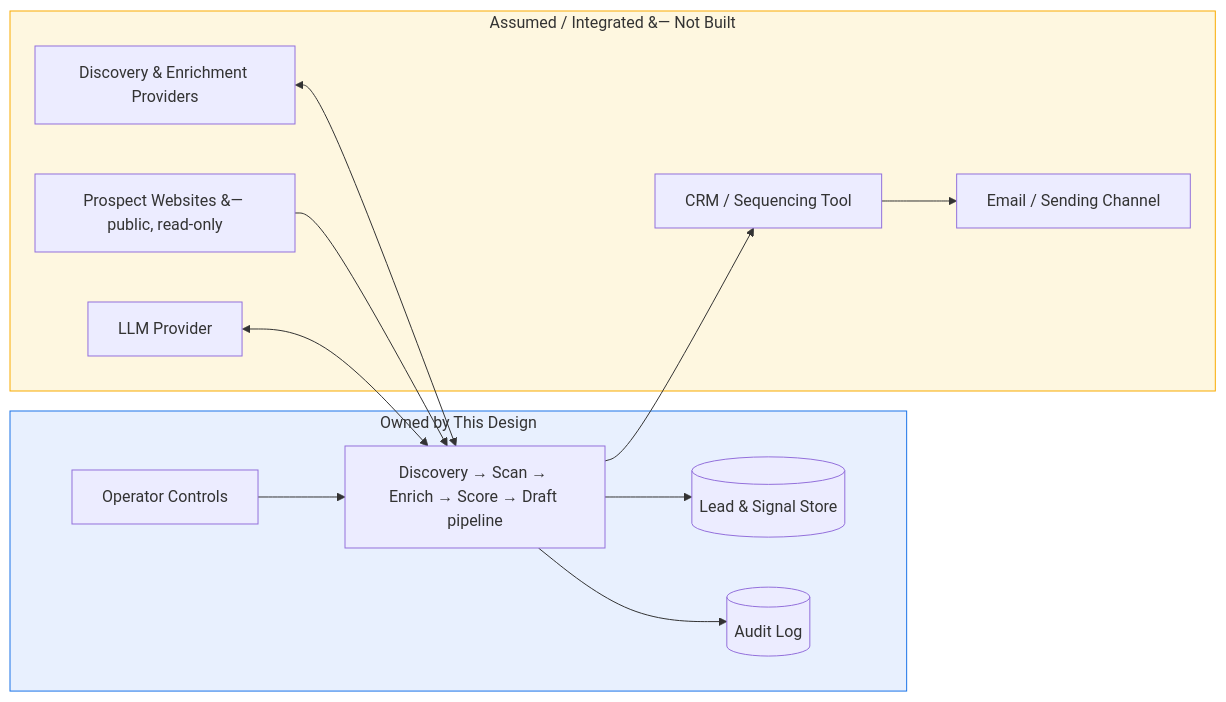
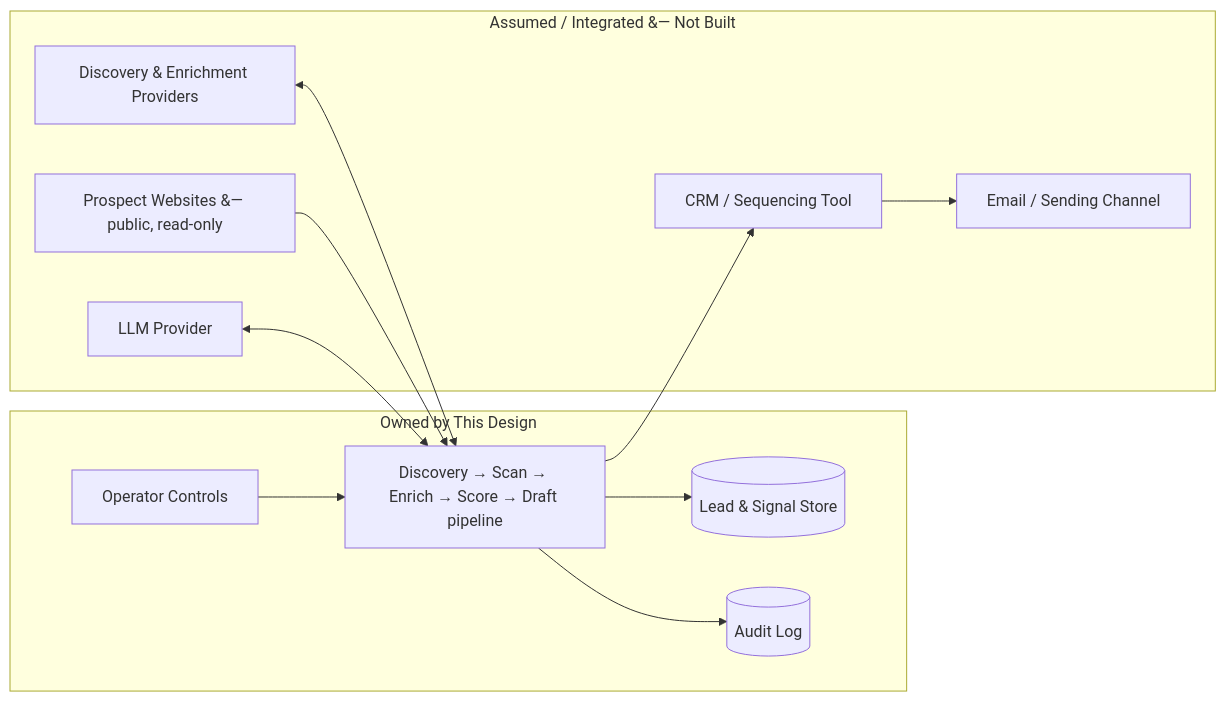
Before and after one commit to omars-lab/omars-lab.github.io: the third of 13 diagrams in bytesofpurpose-blog/designs/2026-06-21-ecommerce-site-scanner-and-lead-generation-engine.mdx, drawn with Mermaid. The commit also changed other lines of this file and 6 other files, not shown here.

First line of the commit message:
feat(designs): on-brand mermaid theme + dark-mode-adaptive diagrams

````diff
--- a/bytesofpurpose-blog/designs/2026-06-21-ecommerce-site-scanner-and-lead-generation-engine.mdx
+++ b/bytesofpurpose-blog/designs/2026-06-21-ecommerce-site-scanner-and-lead-generation-engine.mdx
@@ -299,29 +290,27 @@
 ```mermaid
 graph LR
     subgraph owned["Owned by This Design"]
         PIPE[Discovery → Scan → Enrich → Score → Draft pipeline]
         STORE[(Lead & Signal Store)]
         CTRL[Operator Controls]
         AUDIT[(Audit Log)]
     end
 
     subgraph assumed["Assumed / Integrated &#8212; Not Built"]
         PROV[Discovery & Enrichment Providers]
         WEB[Prospect Websites &#8212; public, read-only]
         CRM[CRM / Sequencing Tool]
         MAIL[Email / Sending Channel]
         LLM[LLM Provider]
     end
 
     PIPE --> STORE
     PIPE --> AUDIT
     CTRL --> PIPE
     PROV <--> PIPE
     WEB --> PIPE
     PIPE --> CRM
     CRM --> MAIL
     LLM <--> PIPE
 
-    style owned fill:#e8f0fe,stroke:#1a73e8
-    style assumed fill:#fef7e0,stroke:#f9ab00
 ```
````
